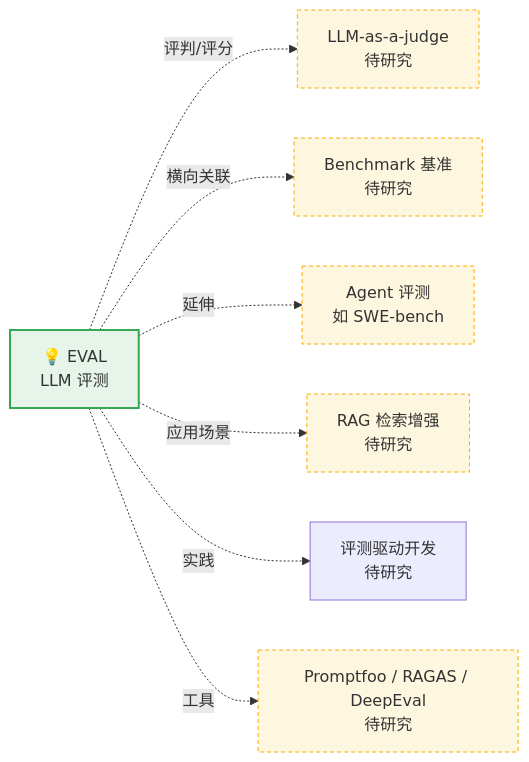
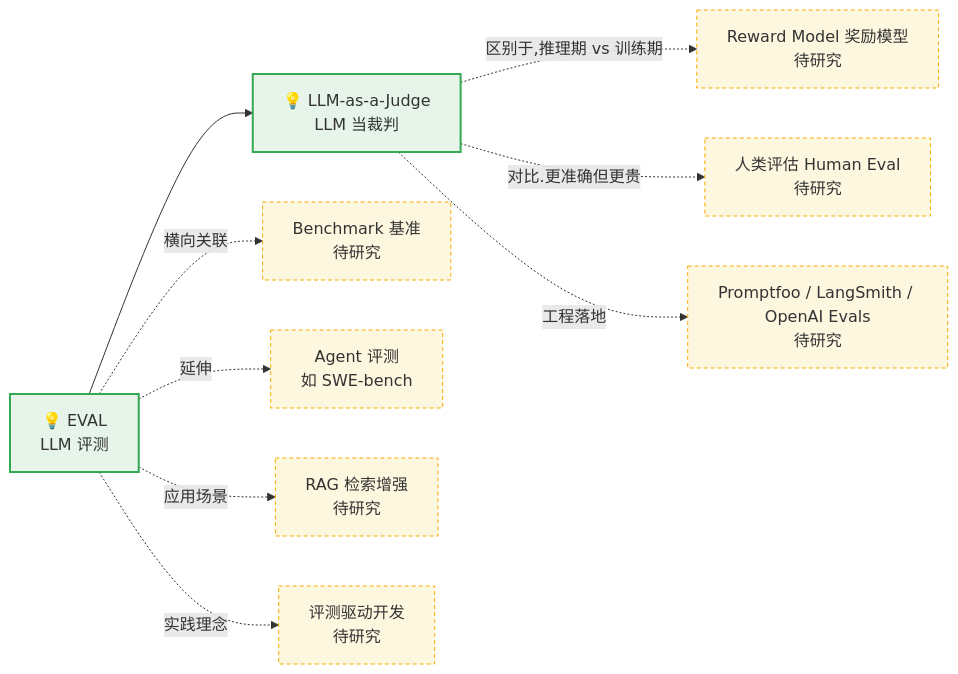
One commit to 1739467001-svg/info-search changed the diagram in relations.md. Above: the diagram before and after it, drawn with Mermaid. The commit also changed other lines of this file and 2 other files, not shown here.

Commit message:
feat: 新增 LLM-as-Judge 概念解读并更新关系图谱(EVAL 实线关联)

````diff
--- a/relations.md
+++ b/relations.md
@@ -7,16 +7,19 @@
 ```mermaid
 graph LR
     EVAL["💡 EVAL<br/>LLM 评测"]:::done
+    J["💡 LLM-as-a-Judge<br/>LLM 当裁判"]:::done
 
-    EVAL -.->|评判/评分| LLMJ["LLM-as-a-judge<br/>待研究"]
+    EVAL --> J
+    J -.->|区别于,推理期 vs 训练期| RM["Reward Model 奖励模型<br/>待研究"]
+    J -.->|对比.更准确但更贵| HMAN["人类评估 Human Eval<br/>待研究"]
     EVAL -.->|横向关联| BENCH["Benchmark 基准<br/>待研究"]
-    EVAL -.->|延伸| AG2["Agent 评测<br/>如 SWE-bench"]
-    EVAL -.->|应用场景| RAG6["RAG 检索增强<br/>待研究"]
-    EVAL -.->|实践| EDD2["评测驱动开发<br/>待研究"]
-    EVAL -.->|工具| TOOLS["Promptfoo / RAGAS / DeepEval<br/>待研究"]
+    EVAL -.->|延伸| AGENT["Agent 评测<br/>如 SWE-bench"]
+    EVAL -.->|应用场景| RAGM["RAG 检索增强<br/>待研究"]
+    EVAL -.->|实践理念| EDD["评测驱动开发<br/>待研究"]
+    J -.->|工程落地| TOOLS2["Promptfoo / LangSmith / OpenAI Evals<br/>待研究"]
 
     classDef done fill:#e6f4ea,stroke:#34a853,stroke-width:2px;
-    classDef todo fill:#fef7e0,stroke:#f9ab00,stroke-width:1px,stroke-dasharray: 4 3;
-    class EVAL done;
-    class LLMJ,BENCH,AG2,RAG6,EDD,TOOLS todo;
+    classDef td fill:#fef7e0,stroke:#f9ab00,stroke-width:1px,stroke-dasharray: 4 3;
+    class EVAL,J done;
+    class RM,HMAN,BENCH,AGENT,RAGM,EDD,TOOLS2 td;
 ```
````
